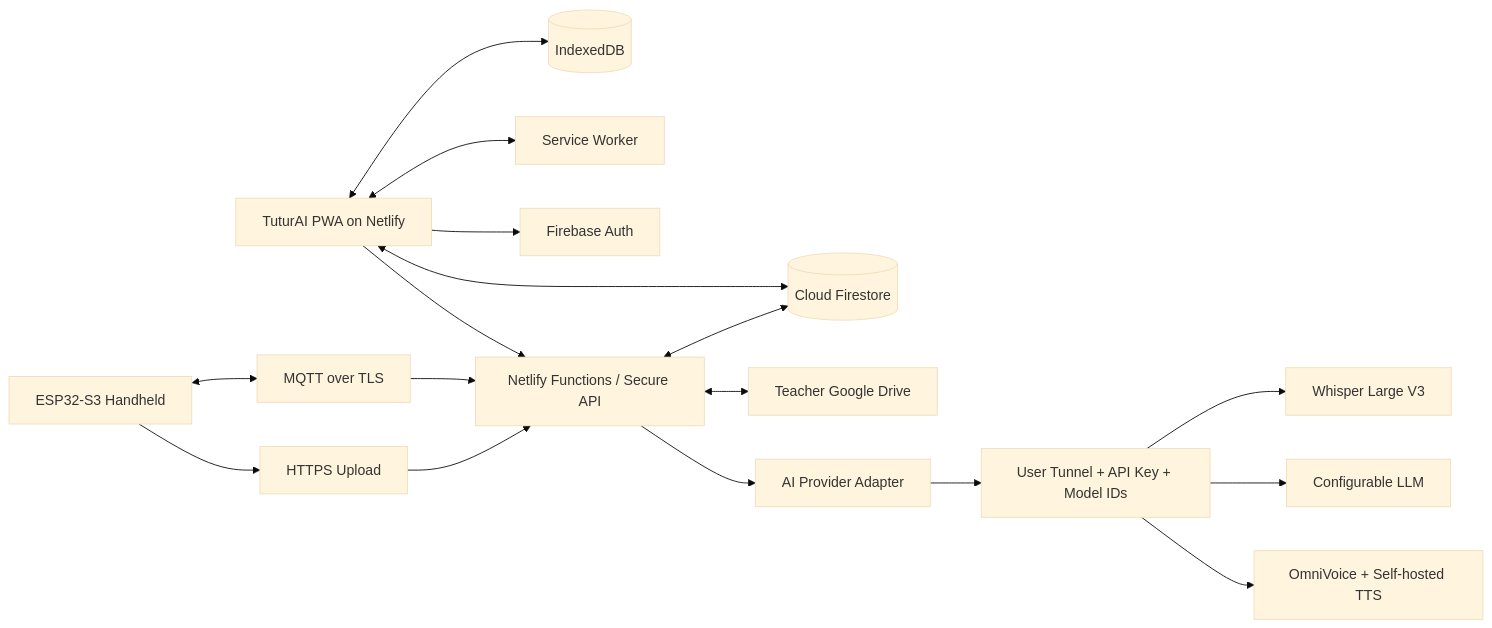
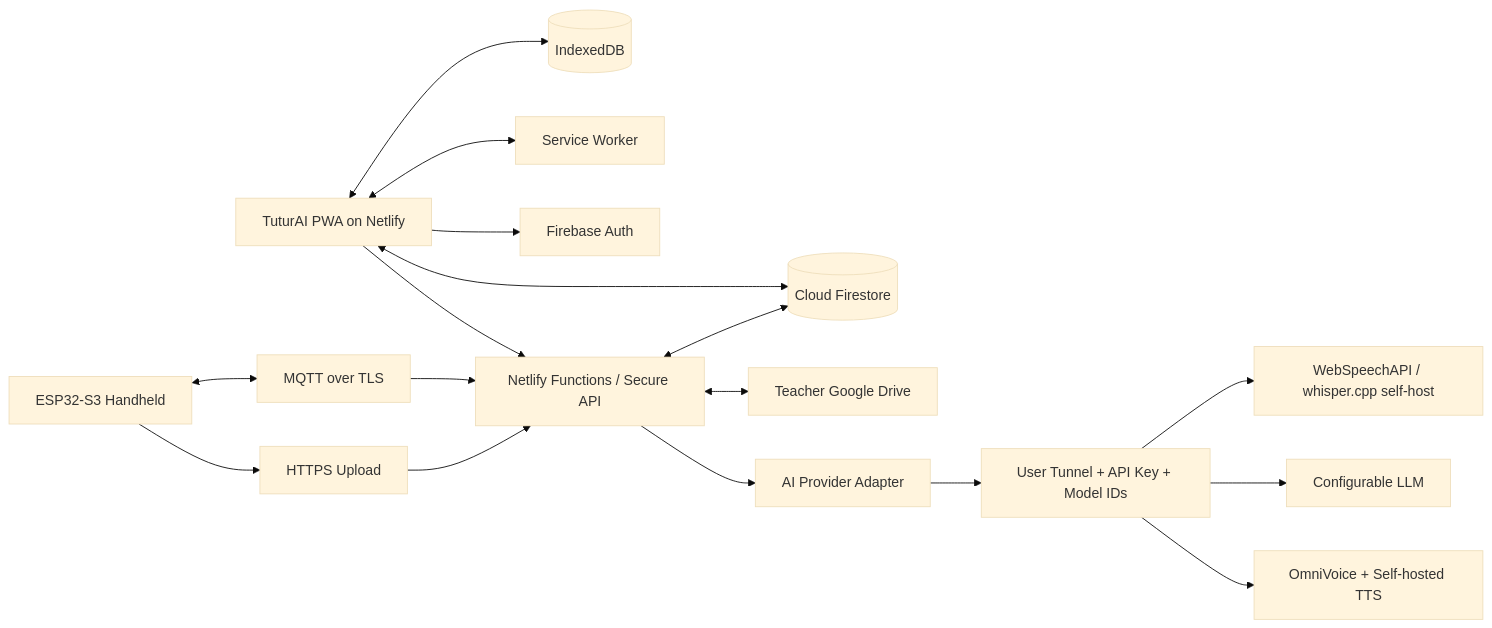
Before and after one commit to Maventlabs/TuturAI: the third of 6 diagrams in PRD.md, drawn with Mermaid (base theme). The commit also changed other lines of this file and 29 other files, not shown here.

````diff
--- a/PRD.md
+++ b/PRD.md
@@ -626,35 +626,35 @@
 ```mermaid
 flowchart LR
   PWA[TuturAI PWA on Netlify]
   IDB[(IndexedDB)]
   SW[Service Worker]
   AUTH[Firebase Auth]
   FS[(Cloud Firestore)]
   FN[Netlify Functions / Secure API]
   DRIVE[Teacher Google Drive]
   AIGW[AI Provider Adapter]
   TUNNEL[User Tunnel + API Key + Model IDs]
-  STT[Whisper Large V3]
+  STT[WebSpeechAPI / whisper.cpp self-host]
   LLM[Configurable LLM]
   VOICE[OmniVoice + Self-hosted TTS]
   HW[ESP32-S3 Handheld]
   MQTT[MQTT over TLS]
   HTTPS[HTTPS Upload]
 
   PWA <--> IDB
   PWA <--> SW
   PWA --> AUTH
   PWA <--> FS
   PWA --> FN
   FN <--> FS
   FN <--> DRIVE
   FN --> AIGW
   AIGW --> TUNNEL
   TUNNEL --> STT
   TUNNEL --> LLM
   TUNNEL --> VOICE
   HW <--> MQTT
   HW --> HTTPS
   MQTT --> FN
   HTTPS --> FN
 ```
````
